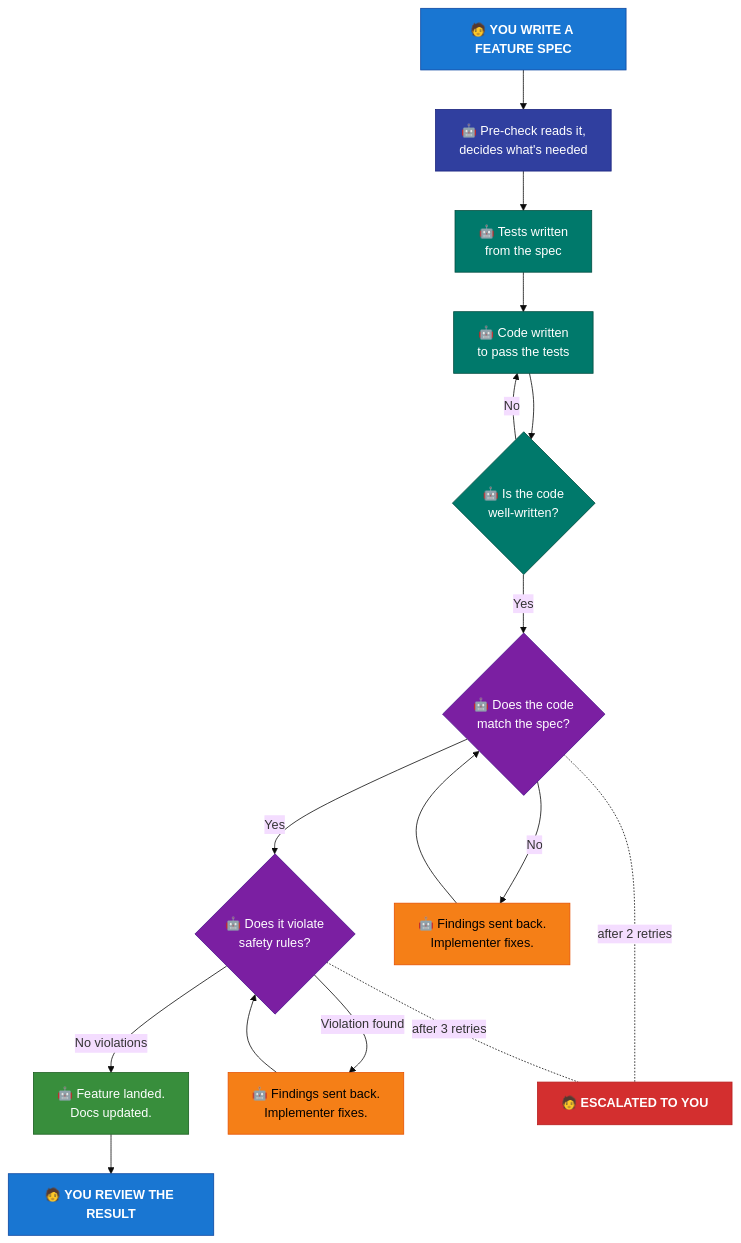
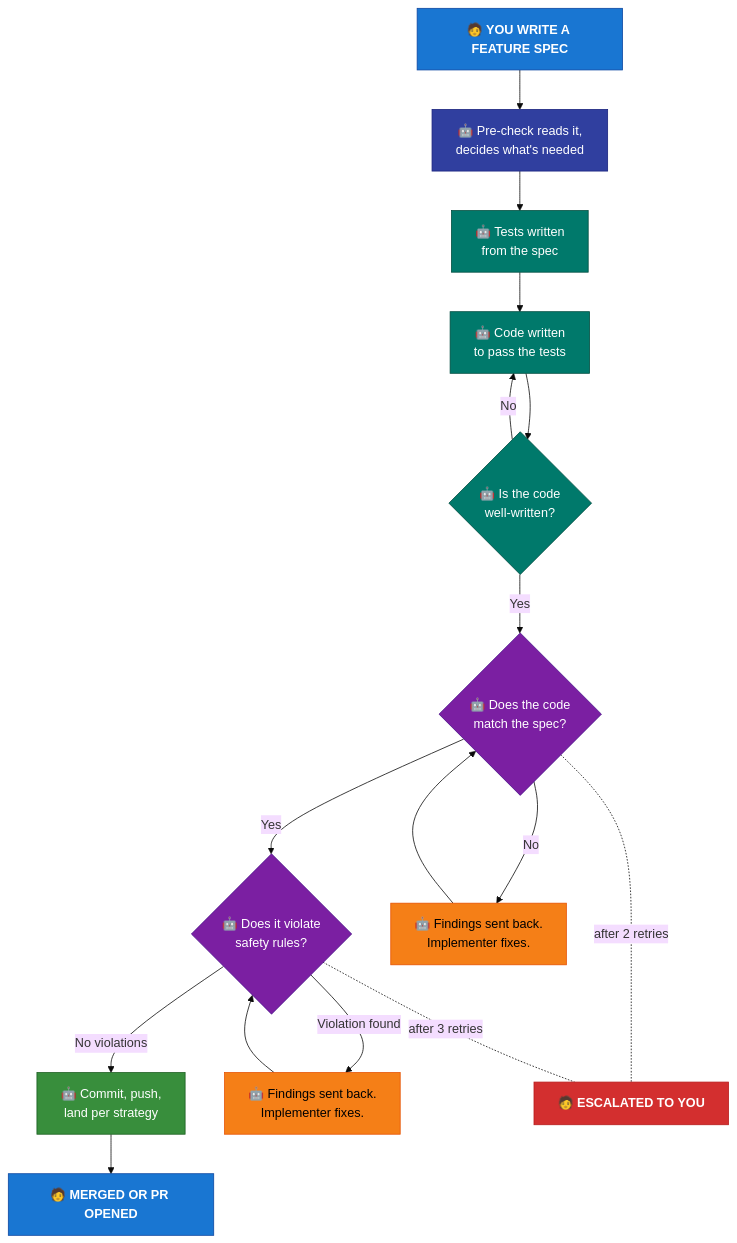
Before and after one commit to TejGandham/keel: the second of 2 diagrams in README.md, drawn with Mermaid (base theme). The commit also changed other lines of this file and 2 other files, not shown here.

````diff
--- a/README.md
+++ b/README.md
@@ -24,32 +24,32 @@
 ```mermaid
 graph TD
     Spec["🧑 <b>YOU WRITE A FEATURE SPEC</b>"] --> PC["🤖 Pre-check reads it,<br/>decides what's needed"]
     PC --> TW["🤖 Tests written<br/>from the spec"]
     TW --> IMP["🤖 Code written<br/>to pass the tests"]
     IMP --> QA{"🤖 Is the code<br/>well-written?"}
     QA -->|Yes| Gate{"🤖 Does the code<br/>match the spec?"}
     QA -->|No| IMP
     Gate -->|Yes| Safe{"🤖 Does it violate<br/>safety rules?"}
     Gate -->|No| Fix["🤖 Findings sent back.<br/>Implementer fixes."]
     Fix --> Gate
-    Safe -->|No violations| Land["🤖 Feature landed.<br/>Docs updated."]
+    Safe -->|No violations| Land["🤖 Commit, push,<br/>land per strategy"]
     Safe -->|Violation found| Fix2["🤖 Findings sent back.<br/>Implementer fixes."]
     Fix2 --> Safe
-    Land --> PR["🧑 <b>YOU REVIEW THE RESULT</b>"]
+    Land --> PR["🧑 <b>MERGED OR PR OPENED</b>"]
 
     Gate -.-|"after 2 retries"| Esc["🧑 <b>ESCALATED TO YOU</b>"]
     Safe -.-|"after 3 retries"| Esc
 
     style Spec fill:#1976D2,stroke:#0D47A1,color:#fff
     style PC fill:#303F9F,stroke:#1A237E,color:#fff
     style TW fill:#00796B,stroke:#004D40,color:#fff
     style IMP fill:#00796B,stroke:#004D40,color:#fff
     style QA fill:#00796B,stroke:#004D40,color:#fff
     style Gate fill:#7B1FA2,stroke:#4A148C,color:#fff
     style Safe fill:#7B1FA2,stroke:#4A148C,color:#fff
     style Fix fill:#F57F17,stroke:#E65100,color:#000
     style Fix2 fill:#F57F17,stroke:#E65100,color:#000
     style Land fill:#388E3C,stroke:#1B5E20,color:#fff
     style PR fill:#1976D2,stroke:#0D47A1,color:#fff
     style Esc fill:#D32F2F,stroke:#B71C1C,color:#fff
 ```
````
